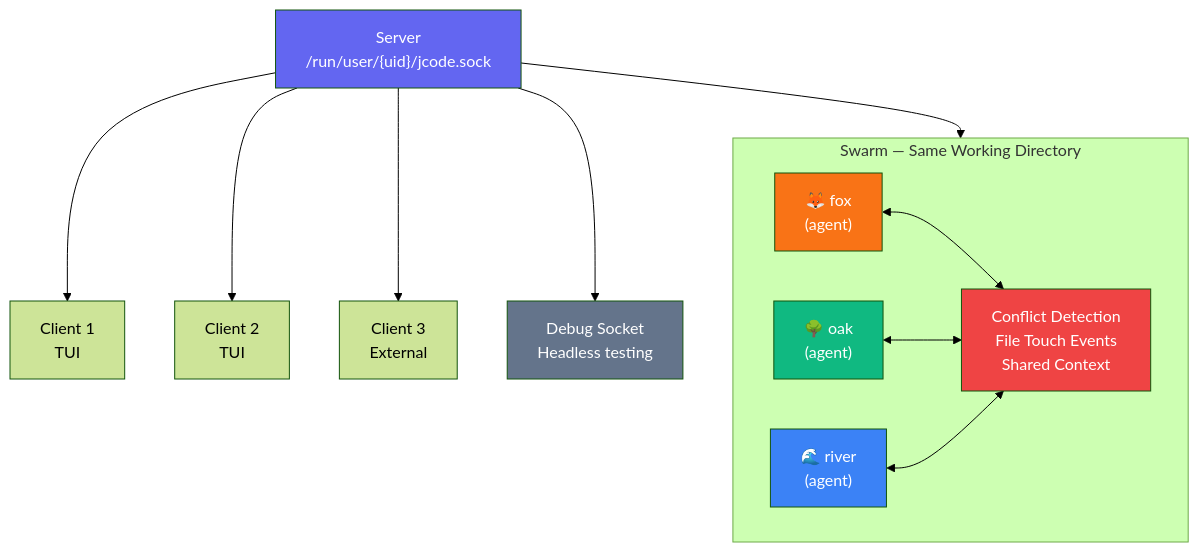
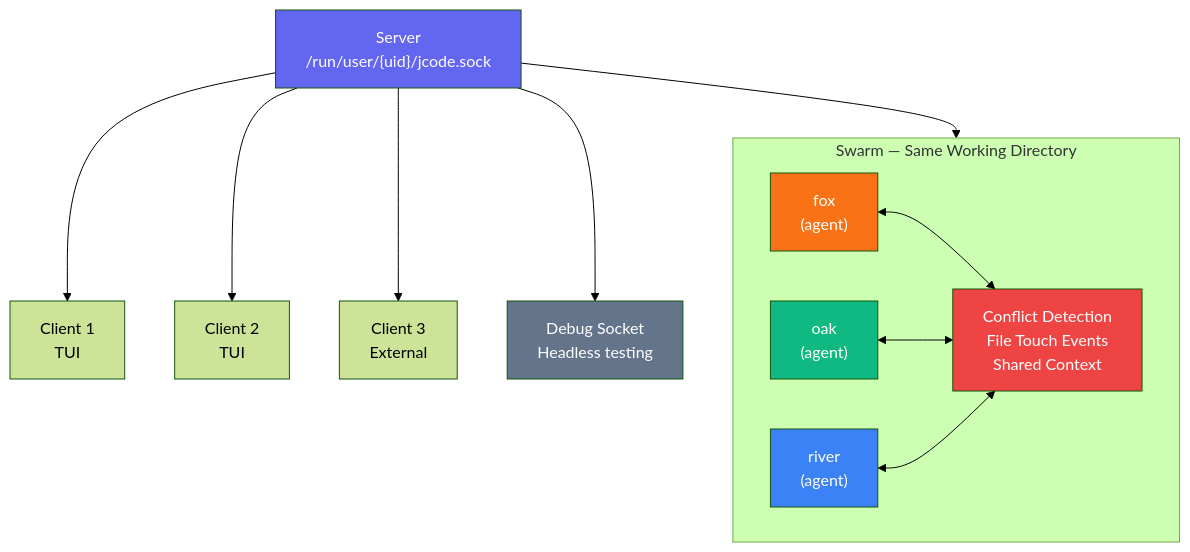
One commit to zipadoodlez/kcode changed the fourth of 9 diagrams in README.md. Above: the diagram before and after it, drawn with Mermaid (forest theme). The commit also changed other lines of this file, not shown here.

````diff
--- a/README.md
+++ b/README.md
@@ -313,28 +313,28 @@
 ```mermaid
 graph TB
     Server["Server<br>/run/user/{uid}/jcode.sock"]
 
     Server --> C1["Client 1<br>TUI"]
     Server --> C2["Client 2<br>TUI"]
     Server --> C3["Client 3<br>External"]
     Server --> Debug["Debug Socket<br>Headless testing"]
 
     subgraph Swarm["Swarm — Same Working Directory"]
-        Fox["🦊 fox<br>(agent)"]
-        Oak["🌳 oak<br>(agent)"]
-        River["🌊 river<br>(agent)"]
+        Fox["fox<br>(agent)"]
+        Oak["oak<br>(agent)"]
+        River["river<br>(agent)"]
 
         Fox <--> Coord["Conflict Detection<br>File Touch Events<br>Shared Context"]
         Oak <--> Coord
         River <--> Coord
     end
 
     Server --> Swarm
 
     style Server fill:#6366f1,color:#fff
     style Debug fill:#64748b,color:#fff
     style Coord fill:#ef4444,color:#fff
     style Fox fill:#f97316,color:#fff
     style Oak fill:#10b981,color:#fff
     style River fill:#3b82f6,color:#fff
 ```
````
